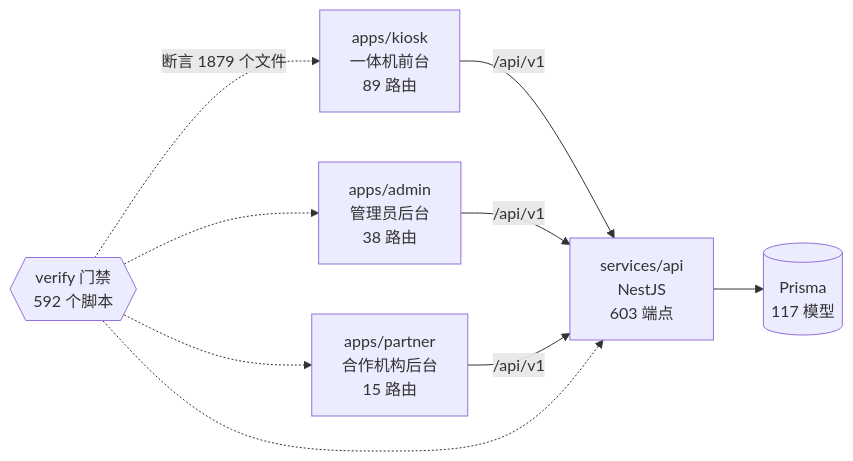
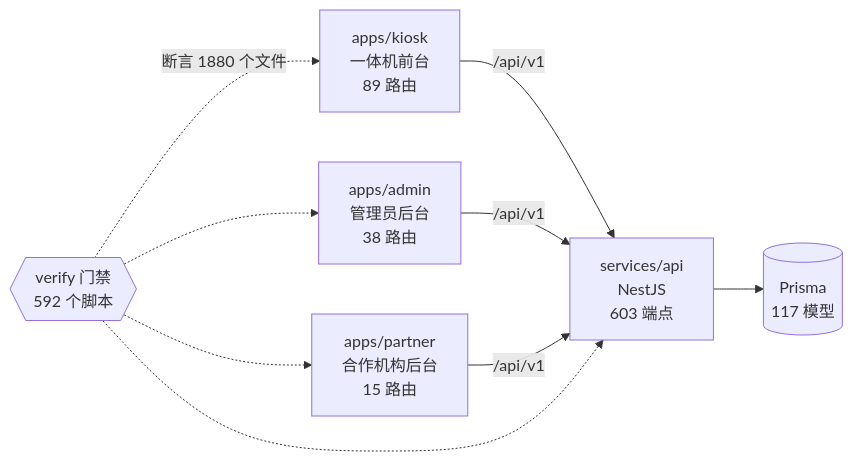
Before and after one commit to wanglei581/YITIJI: the diagram in docs/graph/README.md, drawn with Mermaid. The commit also changed other lines of this file and 7 other files, not shown here.

Commit message:
采纳 agy：地址没有项目号时保留当前选择；打印机待办按情况给提示语；记进度并重生图谱

````diff
--- a/docs/graph/README.md
+++ b/docs/graph/README.md
@@ -68,18 +68,18 @@
 ```mermaid
 flowchart LR
   kiosk["apps/kiosk<br/>一体机前台<br/>89 路由"]
   admin["apps/admin<br/>管理员后台<br/>38 路由"]
   partner["apps/partner<br/>合作机构后台<br/>15 路由"]
   api["services/api<br/>NestJS<br/>603 端点"]
   db[("Prisma<br/>117 模型")]
   gates{{"verify 门禁<br/>592 个脚本"}}
 
   kiosk -->|"/api/v1"| api
   admin -->|"/api/v1"| api
   partner -->|"/api/v1"| api
   api --> db
-  gates -.->|"断言 1879 个文件"| kiosk
+  gates -.->|"断言 1880 个文件"| kiosk
   gates -.-> admin
   gates -.-> partner
   gates -.-> api
 ```
````
